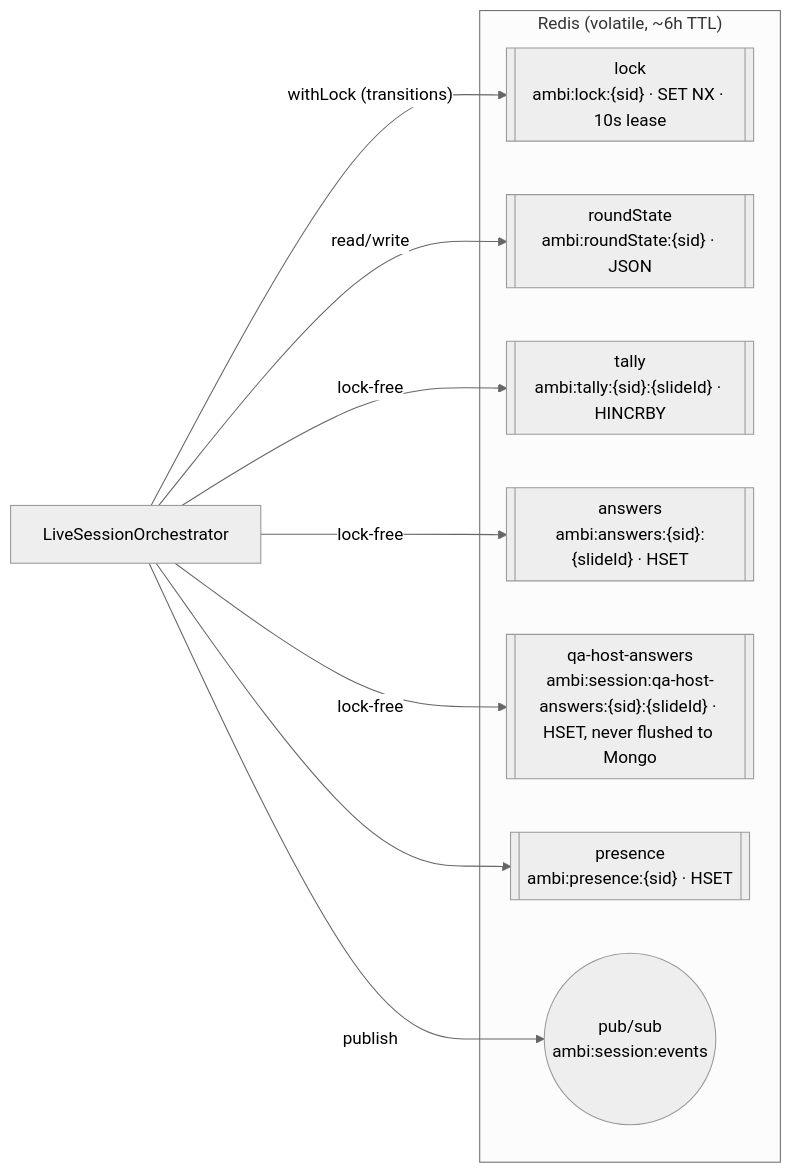
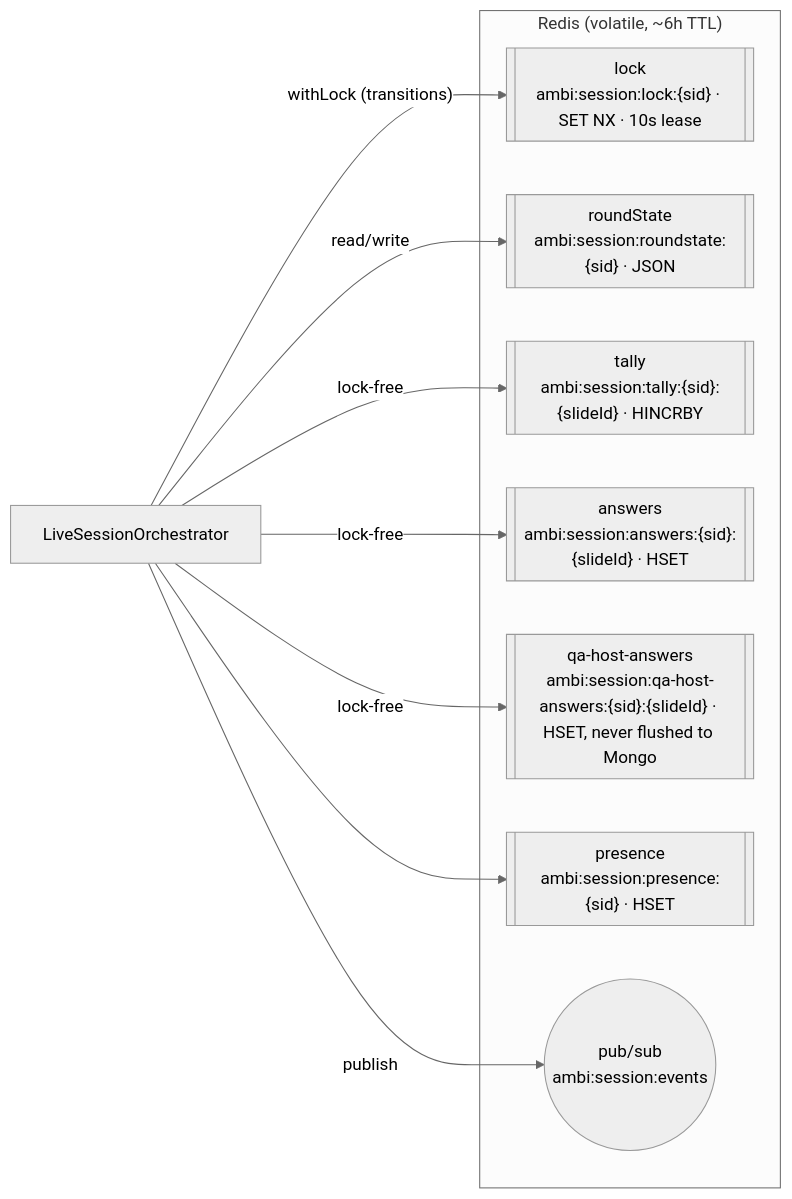
One commit to Saganaut/ambi changed the fifth of 5 diagrams in z-docs/diagrams/live-session.md. Above: the diagram before and after it, drawn with Mermaid (neutral theme). The commit also changed other lines of this file and 3 other files, not shown here.

Commit message:
docs(diagrams): correct backend-services, live-session, media-gallery, system-overview

````diff
--- a/z-docs/diagrams/live-session.md
+++ b/z-docs/diagrams/live-session.md
@@ -133,20 +142,20 @@
 ```mermaid
 flowchart LR
     ORCH["LiveSessionOrchestrator"]
     subgraph redis["Redis (volatile, ~6h TTL)"]
-        LOCK[["lock<br/>ambi:lock:{sid} · SET NX · 10s lease"]]
-        STATE[["roundState<br/>ambi:roundState:{sid} · JSON"]]
-        TALLY[["tally<br/>ambi:tally:{sid}:{slideId} · HINCRBY"]]
-        ANS[["answers<br/>ambi:answers:{sid}:{slideId} · HSET"]]
+        LOCK[["lock<br/>ambi:session:lock:{sid} · SET NX · 10s lease"]]
+        STATE[["roundState<br/>ambi:session:roundstate:{sid} · JSON"]]
+        TALLY[["tally<br/>ambi:session:tally:{sid}:{slideId} · HINCRBY"]]
+        ANS[["answers<br/>ambi:session:answers:{sid}:{slideId} · HSET"]]
         QANDA[["qa-host-answers<br/>ambi:session:qa-host-answers:{sid}:{slideId} · HSET, never flushed to Mongo"]]
-        PRES[["presence<br/>ambi:presence:{sid} · HSET"]]
+        PRES[["presence<br/>ambi:session:presence:{sid} · HSET"]]
         CHAN(("pub/sub<br/>ambi:session:events"))
     end
     ORCH -->|"withLock (transitions)"| LOCK
     ORCH -->|read/write| STATE
     ORCH -->|"lock-free"| TALLY
     ORCH -->|"lock-free"| ANS
     ORCH -->|"lock-free"| QANDA
     ORCH --> PRES
     ORCH -->|publish| CHAN
 ```
````
